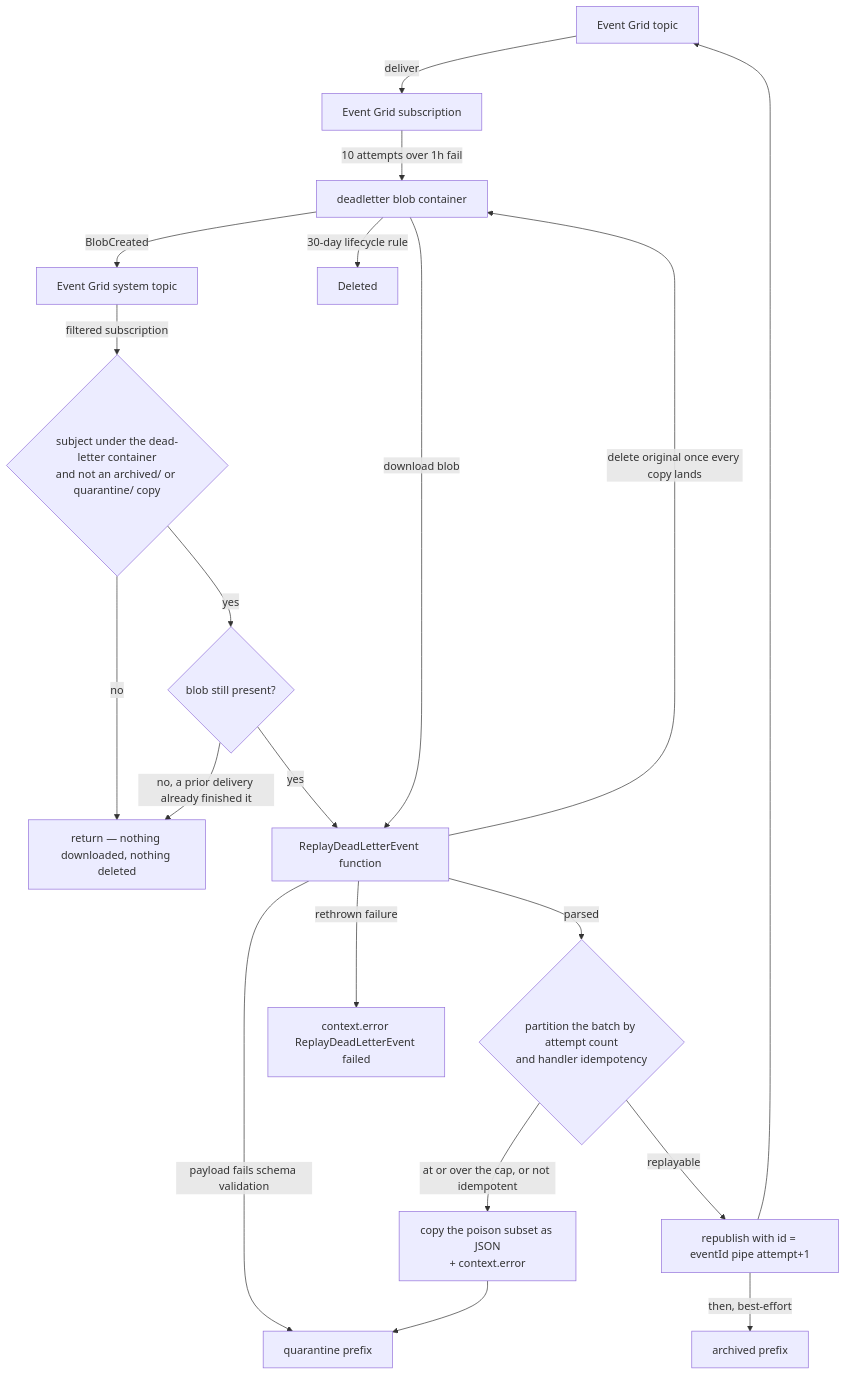
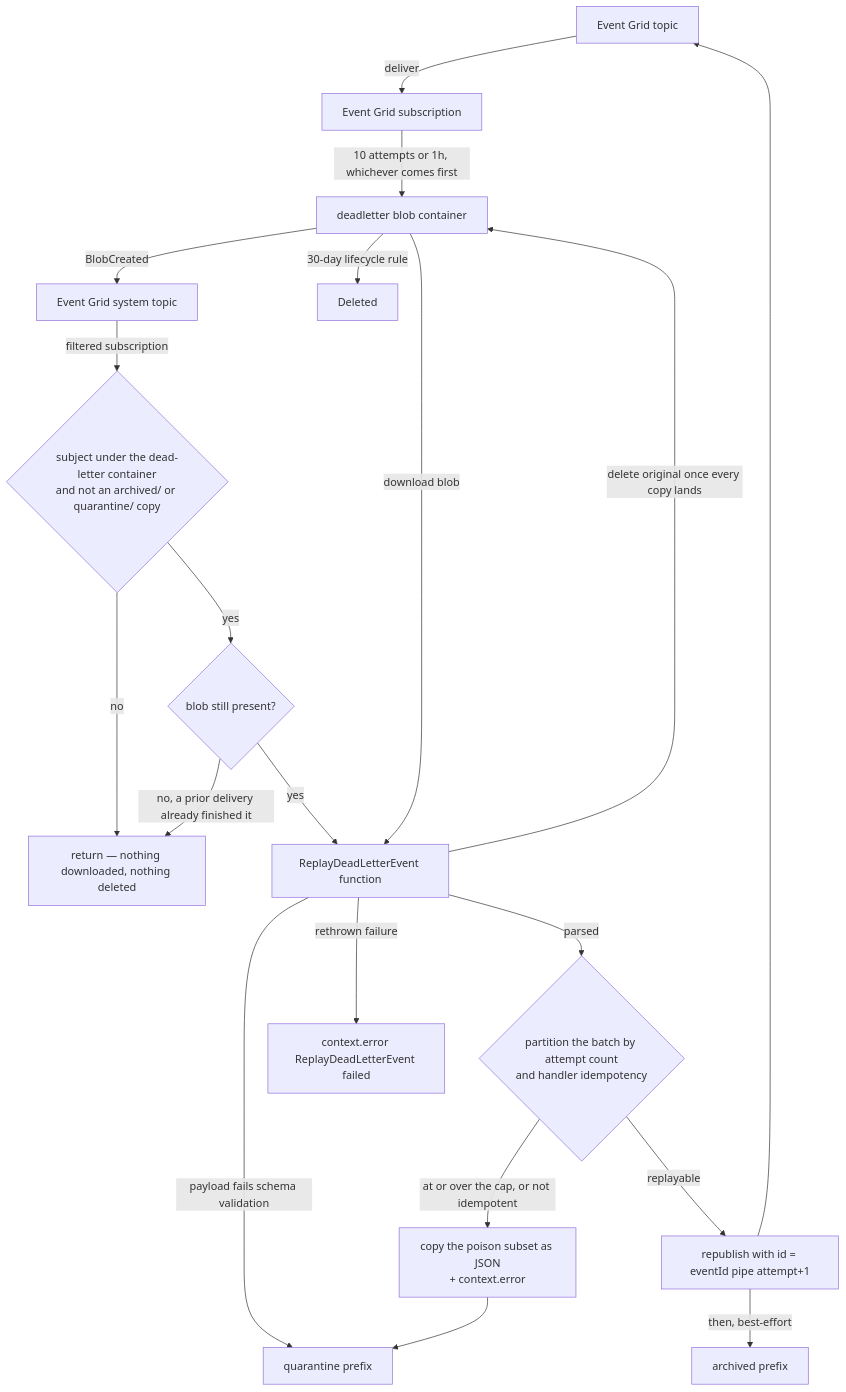
One commit to Esposter/Esposter changed the first of 2 diagrams in packages/app/content/docs/infra/eventgrid-dead-letter.md. Above: the diagram before and after it, drawn with Mermaid. The commit also changed other lines of this file and 5 other files, not shown here.

````diff
--- a/packages/app/content/docs/infra/eventgrid-dead-letter.md
+++ b/packages/app/content/docs/infra/eventgrid-dead-letter.md
@@ -57,22 +57,22 @@
 ```mermaid
 flowchart TD
   topic[Event Grid topic] -->|deliver| sub[Event Grid subscription]
-  sub -->|10 attempts over 1h fail| dead[deadletter blob container]
+  sub -->|10 attempts or 1h, whichever comes first| dead[deadletter blob container]
   dead -->|BlobCreated| egst[Event Grid system topic]
   egst -->|filtered subscription| guard{"subject under the dead-letter container<br/>and not an archived/ or quarantine/ copy"}
   guard -->|no| ignored["return — nothing downloaded, nothing deleted"]
   guard -->|yes| exists{"blob still present?"}
   exists -->|no, a prior delivery already finished it| ignored
   exists -->|yes| fn[ReplayDeadLetterEvent function]
   dead -->|download blob| fn
   fn -->|payload fails schema validation| quarantine[quarantine prefix]
   fn -->|parsed| split{"partition the batch by attempt count<br/>and handler idempotency"}
   split -->|at or over the cap, or not idempotent| poison["copy the poison subset as JSON<br/>+ context.error"]
   poison --> quarantine
   split -->|replayable| republish["republish with id = eventId pipe attempt+1"]
   republish --> topic
   republish -->|then, best-effort| archived[archived prefix]
   fn -->|rethrown failure| failed["context.error ReplayDeadLetterEvent failed"]
   fn -->|delete original once every copy lands| dead
   dead -->|30-day lifecycle rule| gone[Deleted]
 ```
````
